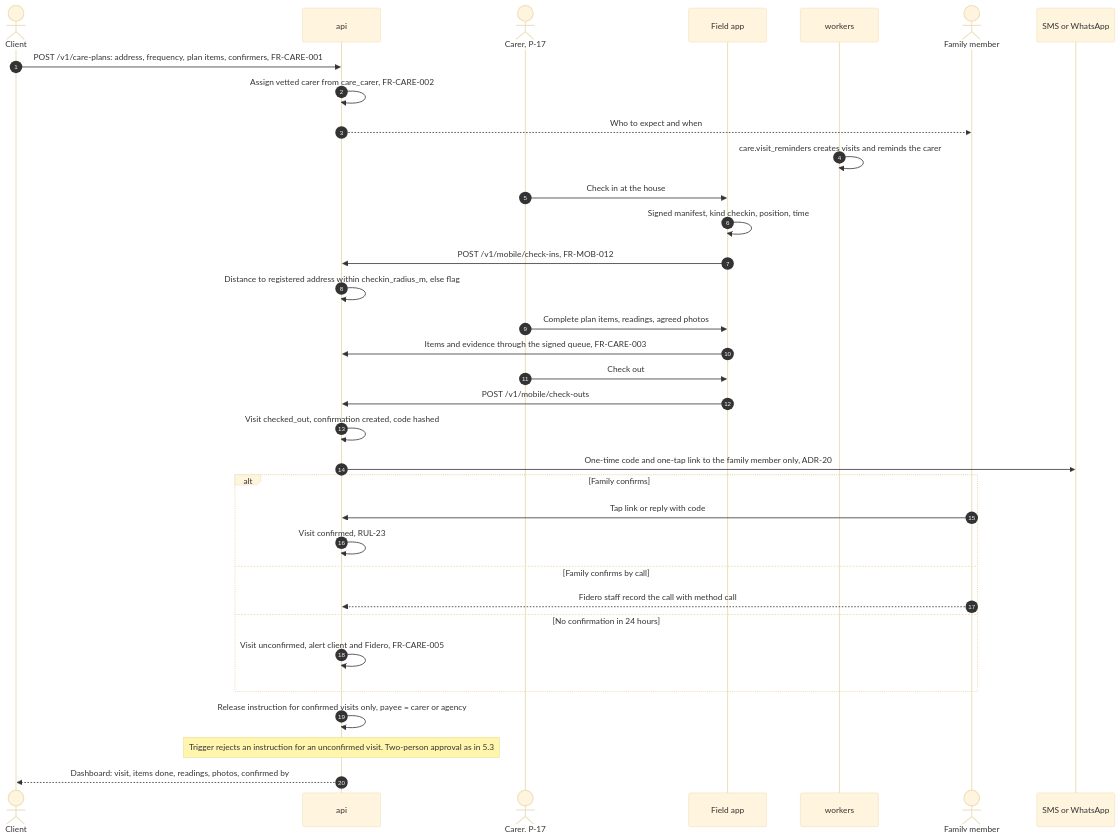
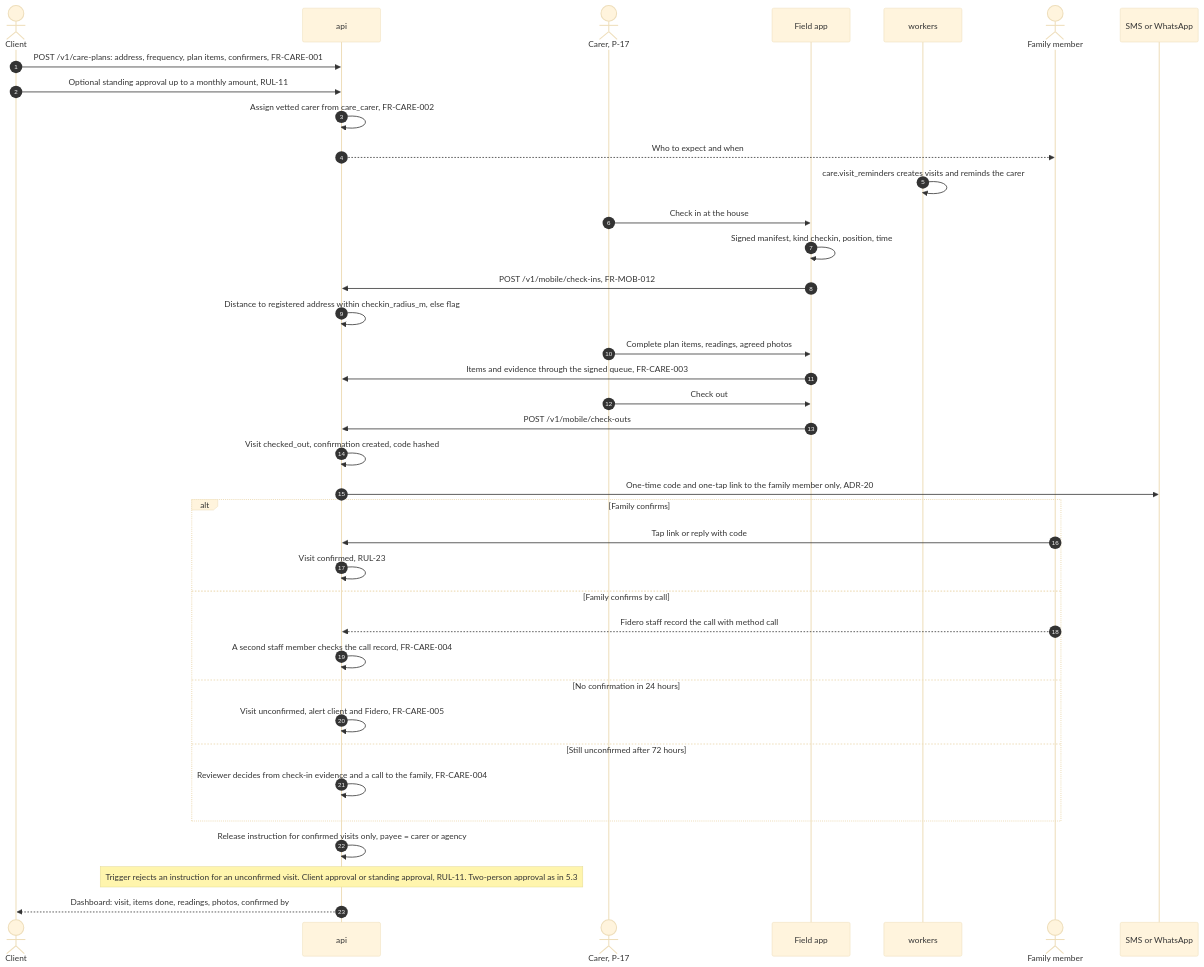
Before and after one commit to 1SteveMens/Fidero: diagram 11 of 15 in docs/specs/02-architecture-and-technical-design.md, drawn with Mermaid (base theme). The commit also changed other lines of this file and 7 other files, not shown here.

````diff
--- a/docs/specs/02-architecture-and-technical-design.md
+++ b/docs/specs/02-architecture-and-technical-design.md
@@ -801,36 +802,40 @@
 ```mermaid
 sequenceDiagram
     autonumber
     actor Cl as Client
     participant A as api
     actor Ca as Carer, P-17
     participant App as Field app
     participant W as workers
     actor F as Family member
     participant N as SMS or WhatsApp
     Cl->>A: POST /v1/care-plans: address, frequency, plan items, confirmers, FR-CARE-001
+    Cl->>A: Optional standing approval up to a monthly amount, RUL-11
     A->>A: Assign vetted carer from care_carer, FR-CARE-002
     A-->>F: Who to expect and when
     W->>W: care.visit_reminders creates visits and reminds the carer
     Ca->>App: Check in at the house
     App->>App: Signed manifest, kind checkin, position, time
     App->>A: POST /v1/mobile/check-ins, FR-MOB-012
     A->>A: Distance to registered address within checkin_radius_m, else flag
     Ca->>App: Complete plan items, readings, agreed photos
     App->>A: Items and evidence through the signed queue, FR-CARE-003
     Ca->>App: Check out
     App->>A: POST /v1/mobile/check-outs
     A->>A: Visit checked_out, confirmation created, code hashed
     A->>N: One-time code and one-tap link to the family member only, ADR-20
     alt Family confirms
         F->>A: Tap link or reply with code
         A->>A: Visit confirmed, RUL-23
     else Family confirms by call
         F-->>A: Fidero staff record the call with method call
+        A->>A: A second staff member checks the call record, FR-CARE-004
     else No confirmation in 24 hours
         A->>A: Visit unconfirmed, alert client and Fidero, FR-CARE-005
+    else Still unconfirmed after 72 hours
+        A->>A: Reviewer decides from check-in evidence and a call to the family, FR-CARE-004
     end
     A->>A: Release instruction for confirmed visits only, payee = carer or agency
-    Note over A: Trigger rejects an instruction for an unconfirmed visit. Two-person approval as in 5.3
+    Note over A: Trigger rejects an instruction for an unconfirmed visit. Client approval or standing approval, RUL-11. Two-person approval as in 5.3
     A-->>Cl: Dashboard: visit, items done, readings, photos, confirmed by
 ```
````
